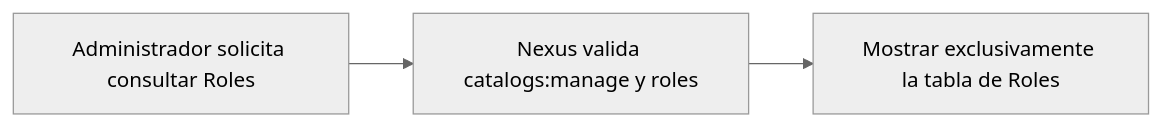
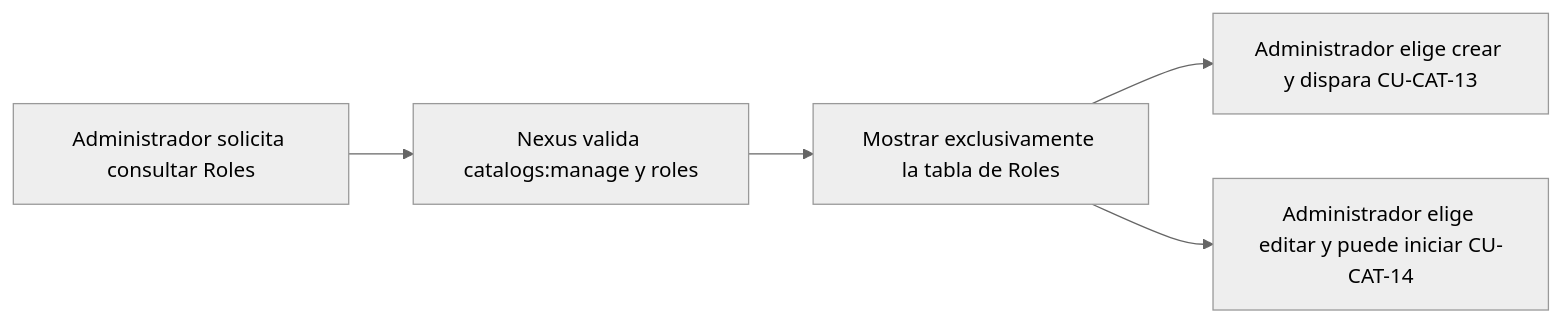
One commit to gpgsistemas01/nexus changed the diagram in docs/requirements/diagrams/catalogs/cu-cat-12.md. Above: the diagram before and after it, drawn with Mermaid (neutral theme). The commit also changed 473 other files, not shown here.

````diff
--- a/docs/requirements/diagrams/catalogs/cu-cat-12.md
+++ b/docs/requirements/diagrams/catalogs/cu-cat-12.md
@@ -3,5 +3,8 @@
 ```mermaid
 flowchart LR
+    accTitle: CU-CAT-12 — Consultar rol
     request["Administrador solicita consultar Roles"] --> authorize["Nexus valida catalogs:manage y roles"]
     authorize --> result["Mostrar exclusivamente la tabla de Roles"]
+    result --> create["Administrador elige crear y dispara CU-CAT-13"]
+    result --> edit["Administrador elige editar y puede iniciar CU-CAT-14"]
 ```
````
